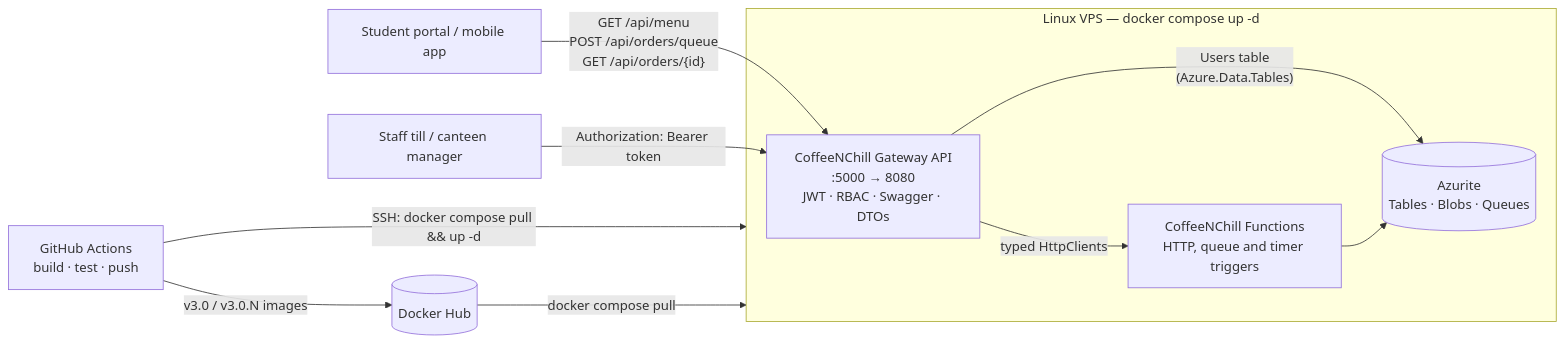
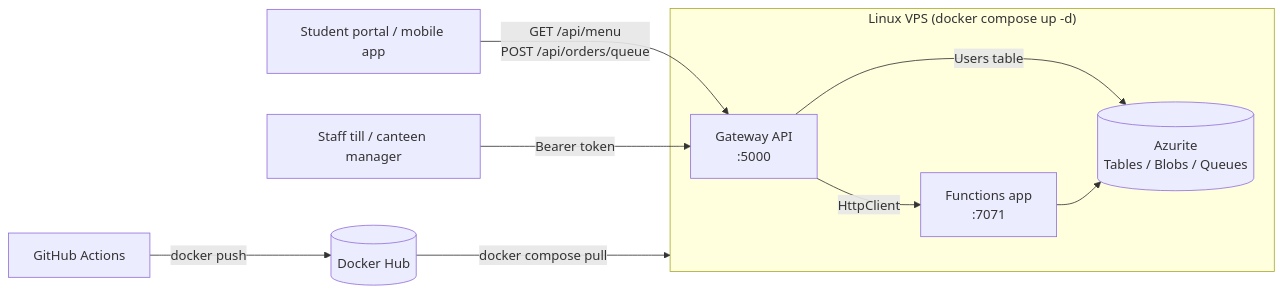
The diagram in README.md (inoater/cldv6212-2026-g1-poe-inoater), drawn with Mermaid before and after one commit. The commit also changed other lines of this file, not shown here.

Commit message:
Update README and references for the simplified gateway

````diff
--- a/README.md
+++ b/README.md
@@ -21,18 +21,17 @@
 ```mermaid
 flowchart LR
-    Student["Student portal / mobile app"] -->|"GET /api/menu<br/>POST /api/orders/queue<br/>GET /api/orders/{id}"| Gateway
-    Staff["Staff till / canteen manager"] -->|"Authorization: Bearer token"| Gateway
+    Student["Student portal / mobile app"] -->|"GET /api/menu<br/>POST /api/orders/queue"| Gateway
+    Staff["Staff till / canteen manager"] -->|"Bearer token"| Gateway
 
-    subgraph VPS["Linux VPS — docker compose up -d"]
-        Gateway["CoffeeNChill Gateway API<br/>:5000 → 8080<br/>JWT · RBAC · Swagger · DTOs"]
-        Functions["CoffeeNChill Functions<br/>HTTP, queue and timer triggers"]
-        Azurite[("Azurite<br/>Tables · Blobs · Queues")]
-        Gateway -->|"typed HttpClients"| Functions
-        Gateway -->|"Users table<br/>(Azure.Data.Tables)"| Azurite
+    subgraph VPS["Linux VPS (docker compose up -d)"]
+        Gateway["Gateway API<br/>:5000"]
+        Functions["Functions app<br/>:7071"]
+        Azurite[("Azurite<br/>Tables / Blobs / Queues")]
+        Gateway -->|"HttpClient"| Functions
+        Gateway -->|"Users table"| Azurite
         Functions --> Azurite
     end
 
-    GitHub["GitHub Actions<br/>build · test · push"] -->|"v3.0 / v3.0.N images"| DockerHub[("Docker Hub")]
-    GitHub -->|"SSH: docker compose pull && up -d"| VPS
+    GitHub["GitHub Actions"] -->|"docker push"| DockerHub[("Docker Hub")]
     DockerHub -->|"docker compose pull"| VPS
 ```
````
